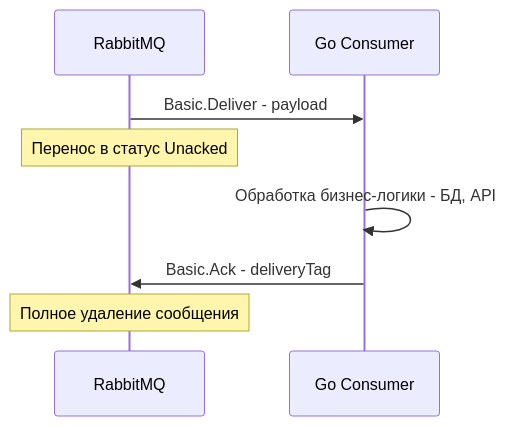
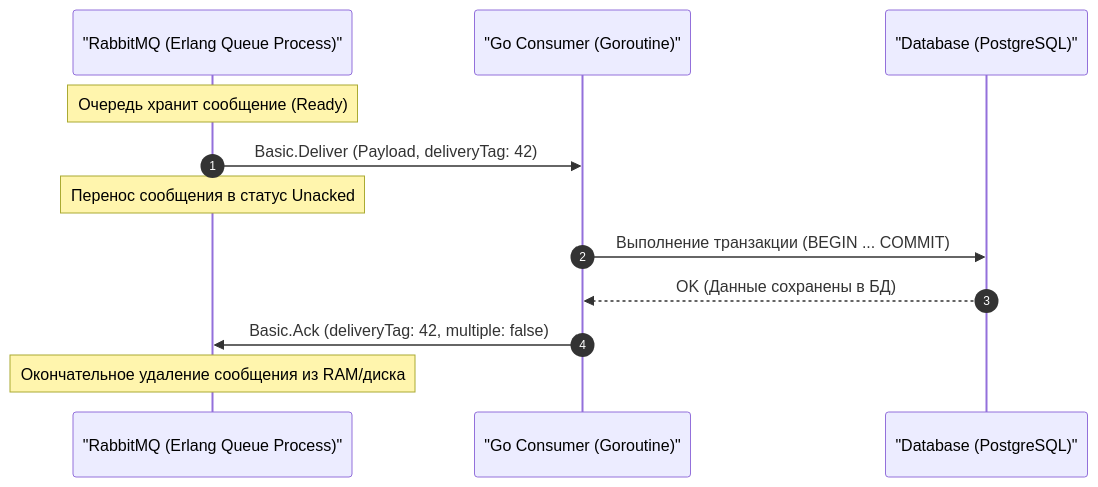
One commit to UnrealTemplier/go-textbook changed the second of 3 diagrams in sources/13. Очереди, брокеры сообщений и оркестраторы/02. RabbitMQ/4. Acknowledgements и delivery guarantees.md. Above: the diagram before and after it, drawn with Mermaid. The commit also changed other lines of this file, not shown here.

````diff
--- a/sources/13. Очереди, брокеры сообщений и оркестраторы/02. RabbitMQ/4. Acknowledgements и delivery guarantees.md
+++ b/sources/13. Очереди, брокеры сообщений и оркестраторы/02. RabbitMQ/4. Acknowledgements и delivery guarantees.md
@@ -36,11 +59,17 @@
 ```mermaid
 sequenceDiagram
-    participant B as RabbitMQ
-    participant C as Go Consumer
+    autonumber
+    participant Broker as "RabbitMQ (Erlang Queue Process)"
+    participant Worker as "Go Consumer (Goroutine)"
+    participant Storage as "Database (PostgreSQL)"
+
+    Note over Broker: Очередь хранит сообщение (Ready)
+    Broker->>Worker: Basic.Deliver (Payload, deliveryTag: 42)
+    Note over Broker: Перенос сообщения в статус Unacked
     
-    B->>C: Basic.Deliver - payload
-    Note over B: Перенос в статус Unacked
-    C->>C: Обработка бизнес-логики - БД, API
-    C->>B: Basic.Ack - deliveryTag
-    Note over B: Полное удаление сообщения
+    Worker->>Storage: Выполнение транзакции (BEGIN ... COMMIT)
+    Storage-->>Worker: OK (Данные сохранены в БД)
+    
+    Worker->>Broker: Basic.Ack (deliveryTag: 42, multiple: false)
+    Note over Broker: Окончательное удаление сообщения из RAM/диска
 ```
````
